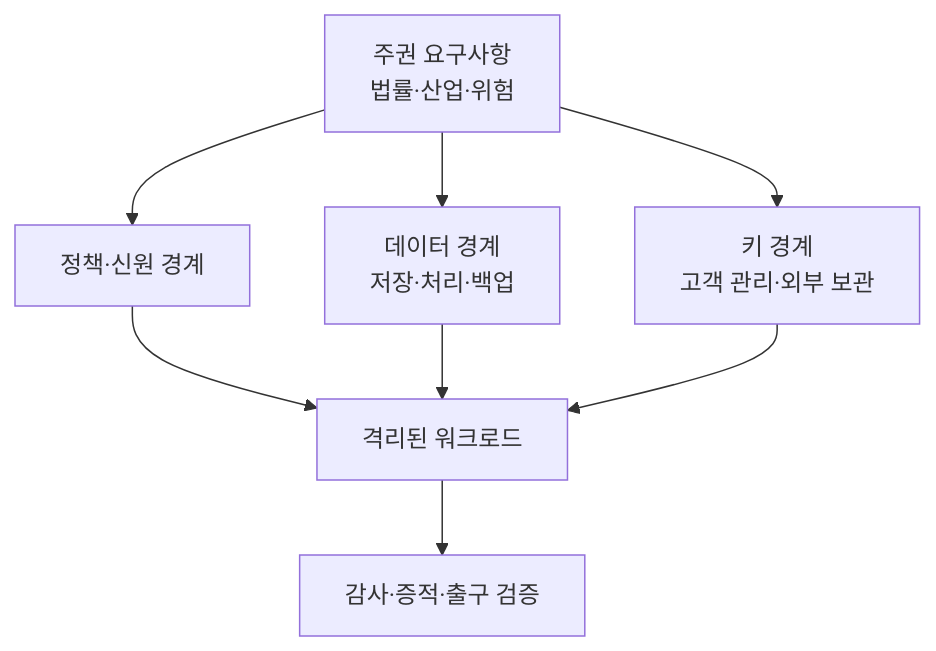
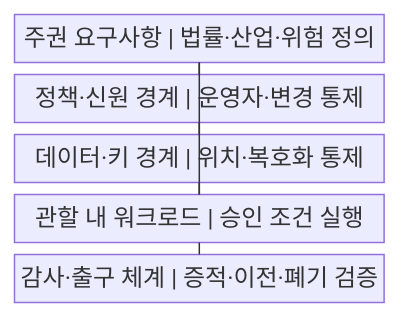
Before and after one commit to agnusdei1207/knowledge-base: the first of 2 diagrams in src/content/docs/notes/03-software/168_sovereign_cloud.md, drawn with Mermaid. The commit also changed other lines of this file and 20 other files, not shown here.

````diff
--- a/src/content/docs/notes/03-software/168_sovereign_cloud.md
+++ b/src/content/docs/notes/03-software/168_sovereign_cloud.md
@@ -58,10 +54,14 @@
 ```mermaid
-flowchart TD
-    R["주권 요구사항<br/>법률·산업·위험"] --> P["정책·신원 경계"]
-    R --> D["데이터 경계<br/>저장·처리·백업"]
-    R --> K["키 경계<br/>고객 관리·외부 보관"]
-    P --> W["격리된 워크로드"]
-    D --> W
-    K --> W
-    W --> A["감사·증적·출구 검증"]
+block
+    columns 1
+    A["주권 요구사항 | 법률·산업·위험 정의"]
+    B["정책·신원 경계 | 운영자·변경 통제"]
+    C["데이터·키 경계 | 위치·복호화 통제"]
+    D["관할 내 워크로드 | 승인 조건 실행"]
+    E["감사·출구 체계 | 증적·이전·폐기 검증"]
+    A --- B
+    A --- C
+    B --- D
+    C --- D
+    D --- E
 ```
````
